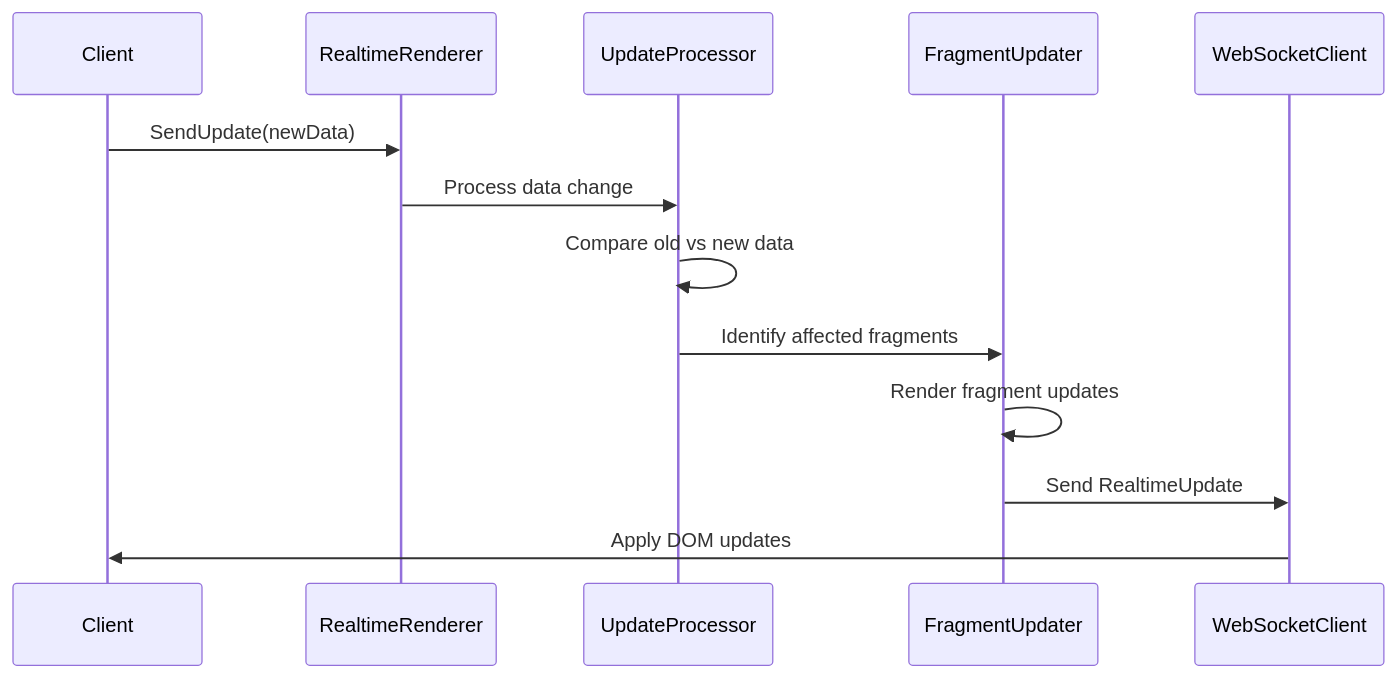
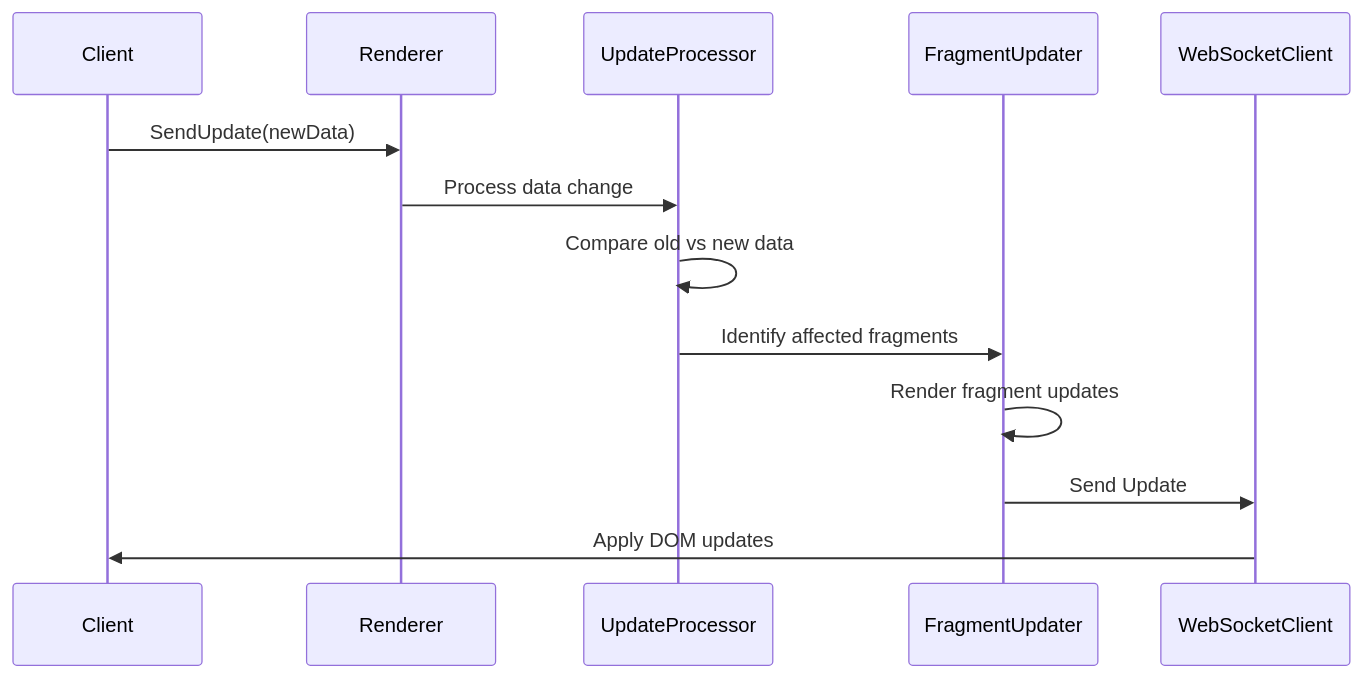
The third of 6 diagrams in docs/ARCHITECTURE.md (livetemplate/livetemplate), drawn with Mermaid before and after one commit. The commit also changed other lines of this file and 9 other files, not shown here.

````diff
--- a/docs/ARCHITECTURE.md
+++ b/docs/ARCHITECTURE.md
@@ -130,16 +131,16 @@
 ```mermaid
 sequenceDiagram
     participant Client
-    participant RealtimeRenderer
+    participant Renderer
     participant UpdateProcessor
     participant FragmentUpdater
     participant WebSocketClient
 
-    Client->>RealtimeRenderer: SendUpdate(newData)
-    RealtimeRenderer->>UpdateProcessor: Process data change
+    Client->>Renderer: SendUpdate(newData)
+    Renderer->>UpdateProcessor: Process data change
     UpdateProcessor->>UpdateProcessor: Compare old vs new data
     UpdateProcessor->>FragmentUpdater: Identify affected fragments
     FragmentUpdater->>FragmentUpdater: Render fragment updates
-    FragmentUpdater->>WebSocketClient: Send RealtimeUpdate
+    FragmentUpdater->>WebSocketClient: Send Update
     WebSocketClient->>Client: Apply DOM updates
 ```
````
